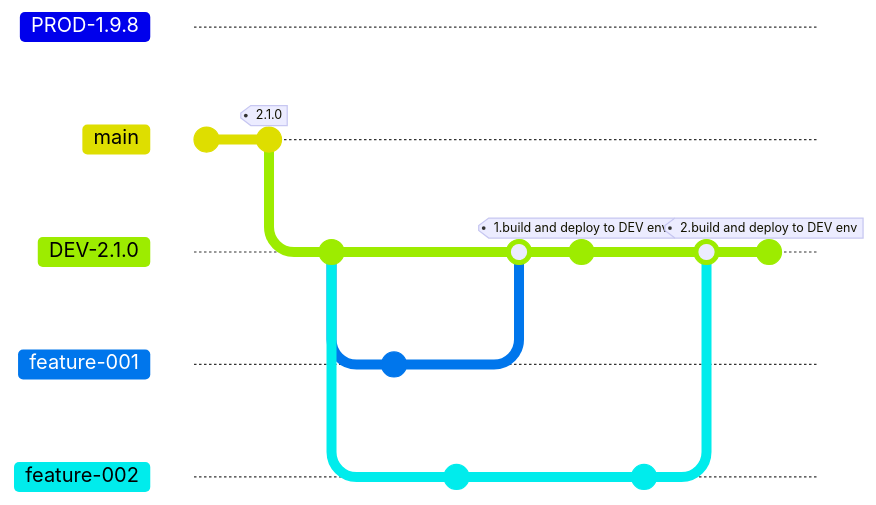
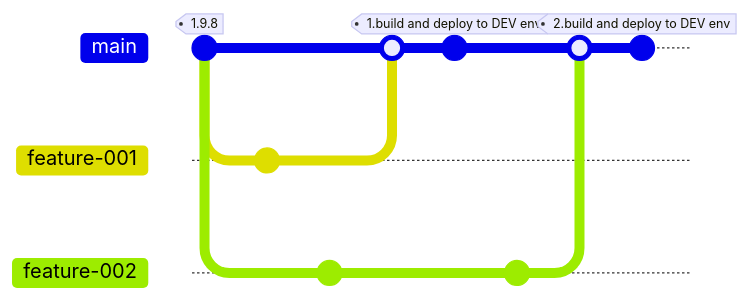
Diagram 15 of 20 in ukge-2025-navigating-route-to-live-presentation.qmd (ijmitch/zdevops-git), drawn with Mermaid before and after one commit. The commit also changed other lines of this file, not shown here. Commit ids are hidden.

````diff
--- a/ukge-2025-navigating-route-to-live-presentation.qmd
+++ b/ukge-2025-navigating-route-to-live-presentation.qmd
@@ -646,29 +655,28 @@
 ```{mermaid}
 ---
 config:
   fontFamily: "IBM Plex Sans"
   gitGraph:
     showCommitLabel: false
     mainBranchOrder: 5
 ---
 gitGraph
-  branch PROD-1.9.8
   checkout main
-  commit
-  commit tag: "2.1.0"
-  branch DEV-2.1.0  order: 10
-  commit
+  commit tag: "1.9.8"
+  %% branch release/1.9.8
+  %% commit
+  checkout main 
   branch feature-001 order: 15
   commit
-  checkout DEV-2.1.0
+  checkout main
   branch feature-002 order: 15
   commit
-  checkout DEV-2.1.0
+  checkout main
   merge feature-001
   commit tag: "1.build and deploy to DEV env"
   checkout feature-002
   commit
-  checkout DEV-2.1.0
+  checkout main
   merge feature-002
   commit tag: "2.build and deploy to DEV env"
 ```
````
